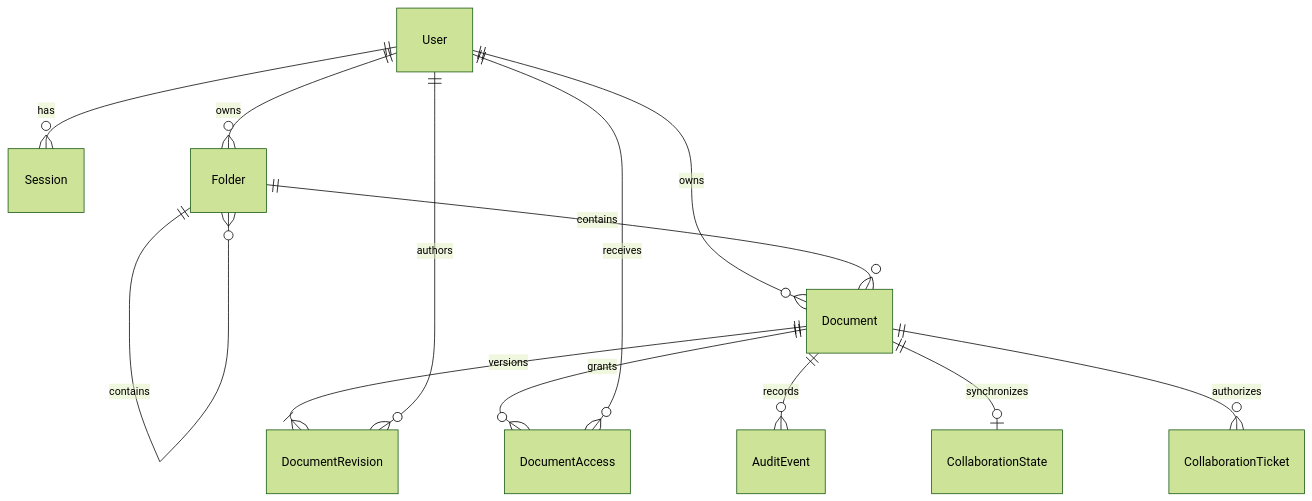
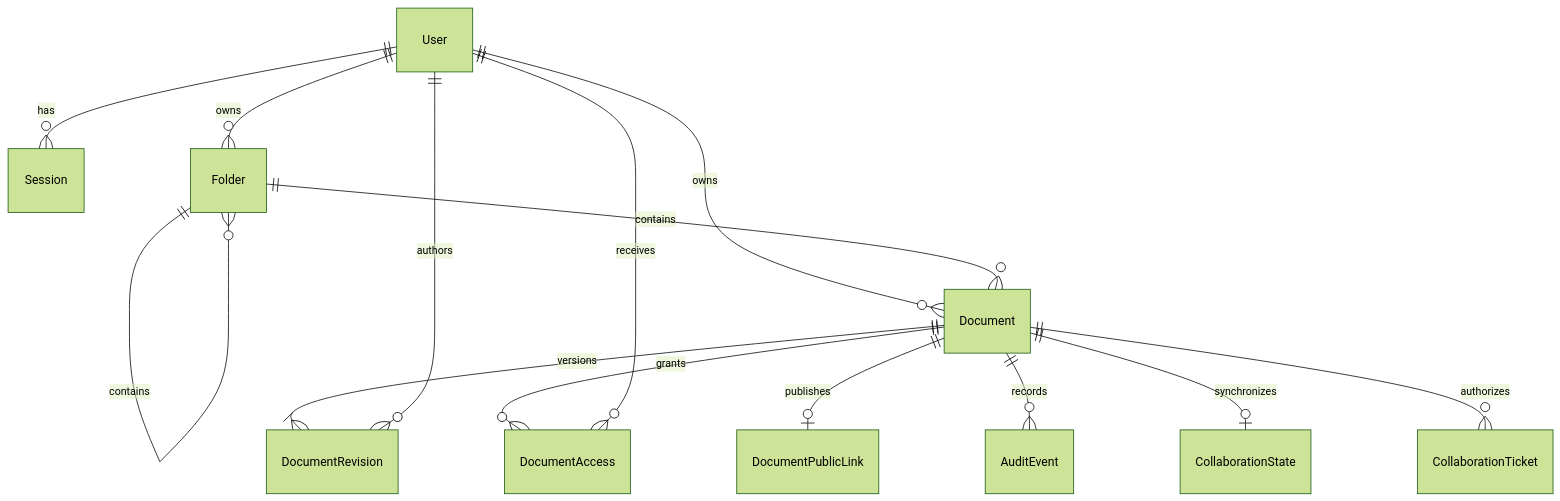
One commit to bombzj/TeamMD changed the diagram in docs/data-model.md. Above: the diagram before and after it, drawn with Mermaid (forest theme). The commit also changed other lines of this file and 56 other files, not shown here.

````diff
--- a/docs/data-model.md
+++ b/docs/data-model.md
@@ -7,15 +7,16 @@
 ```mermaid
 erDiagram
   User ||--o{ Session : has
   User ||--o{ Folder : owns
   User ||--o{ Document : owns
   Folder ||--o{ Folder : contains
   Folder ||--o{ Document : contains
   Document ||--|{ DocumentRevision : versions
   User ||--o{ DocumentRevision : authors
   Document ||--o{ DocumentAccess : grants
   User ||--o{ DocumentAccess : receives
+  Document ||--o| DocumentPublicLink : publishes
   Document ||--o{ AuditEvent : records
   Document ||--o| CollaborationState : synchronizes
   Document ||--o{ CollaborationTicket : authorizes
 ```
````
